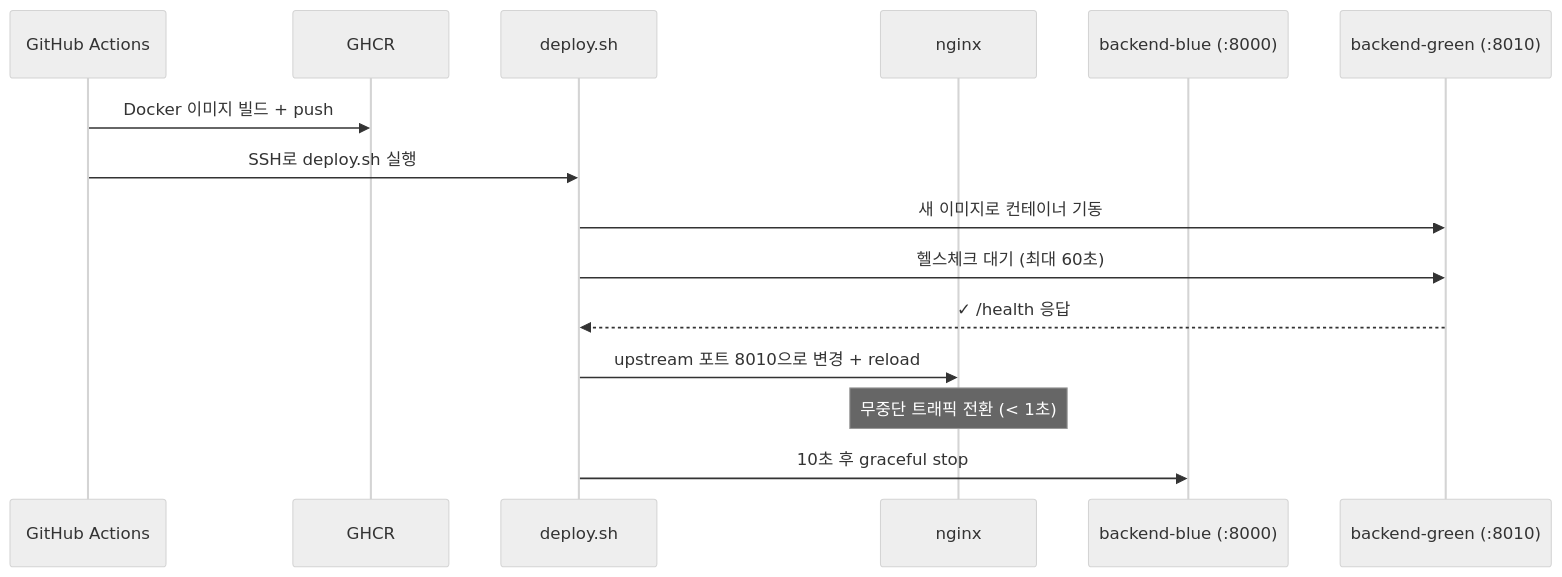
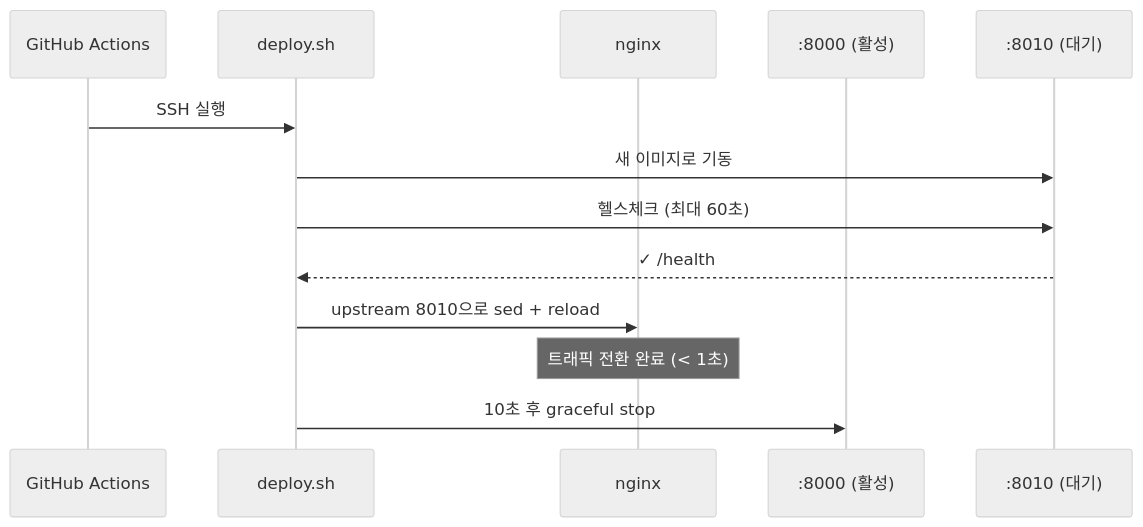
Before and after one commit to woohyun212/SE-final-project: the fifth of 5 diagrams in docs/final-report.md, drawn with Mermaid (neutral theme). The commit also changed other lines of this file, not shown here.

````diff
--- a/docs/final-report.md
+++ b/docs/final-report.md
@@ -137,18 +527,16 @@
 ```mermaid
 sequenceDiagram
   participant CI as GitHub Actions
-  participant GHCR
   participant Deploy as deploy.sh
   participant nginx
-  participant Blue as backend-blue (:8000)
-  participant Green as backend-green (:8010)
+  participant Blue as :8000 (활성)
+  participant Green as :8010 (대기)
 
-  CI->>GHCR: Docker 이미지 빌드 + push
-  CI->>Deploy: SSH로 deploy.sh 실행
-  Deploy->>Green: 새 이미지로 컨테이너 기동
-  Deploy->>Green: 헬스체크 대기 (최대 60초)
-  Green-->>Deploy: ✓ /health 응답
-  Deploy->>nginx: upstream 포트 8010으로 변경 + reload
-  Note over nginx: 무중단 트래픽 전환 (< 1초)
+  CI->>Deploy: SSH 실행
+  Deploy->>Green: 새 이미지로 기동
+  Deploy->>Green: 헬스체크 (최대 60초)
+  Green-->>Deploy: ✓ /health
+  Deploy->>nginx: upstream 8010으로 sed + reload
+  Note over nginx: 트래픽 전환 완료 (< 1초)
   Deploy->>Blue: 10초 후 graceful stop
 ```
````
